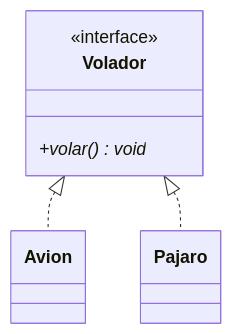
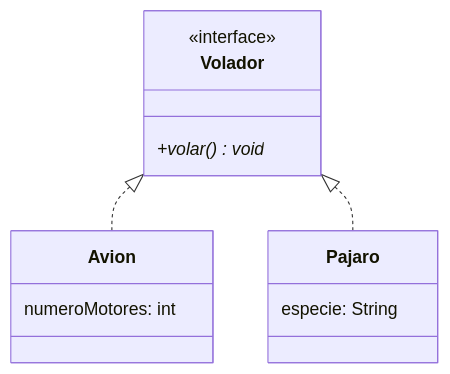
Diagram 21 of 32 in UD4_Introducción_POO_diagramas_UML_diagramas_clases/ud04_2_notacion_uml_diagramas_clases.md (danielmartinan/entornos_desarrollo_2024-25), drawn with Mermaid before and after one commit. The commit also changed other lines of this file and 7 other files, not shown here.

````diff
--- a/UD4_Introducción_POO_diagramas_UML_diagramas_clases/ud04_2_notacion_uml_diagramas_clases.md
+++ b/UD4_Introducción_POO_diagramas_UML_diagramas_clases/ud04_2_notacion_uml_diagramas_clases.md
@@ -641,16 +643,18 @@
 ```mermaid
 classDiagram
     class Volador {
         <<interface>>
         +volar() void*
     }
 
     class Avion {
+        numeroMotores: int
     }
 
     class Pajaro {
+        especie: String
     }
 
     Volador <|.. Avion
     Volador <|.. Pajaro
 ```
````
